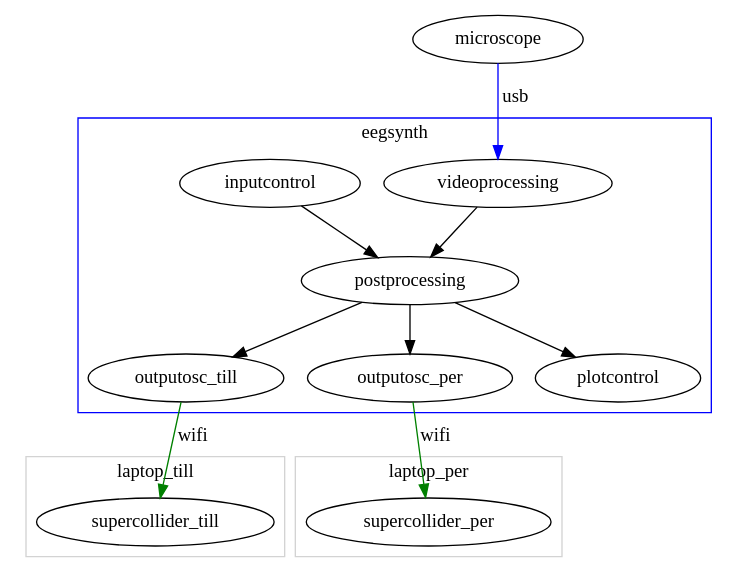
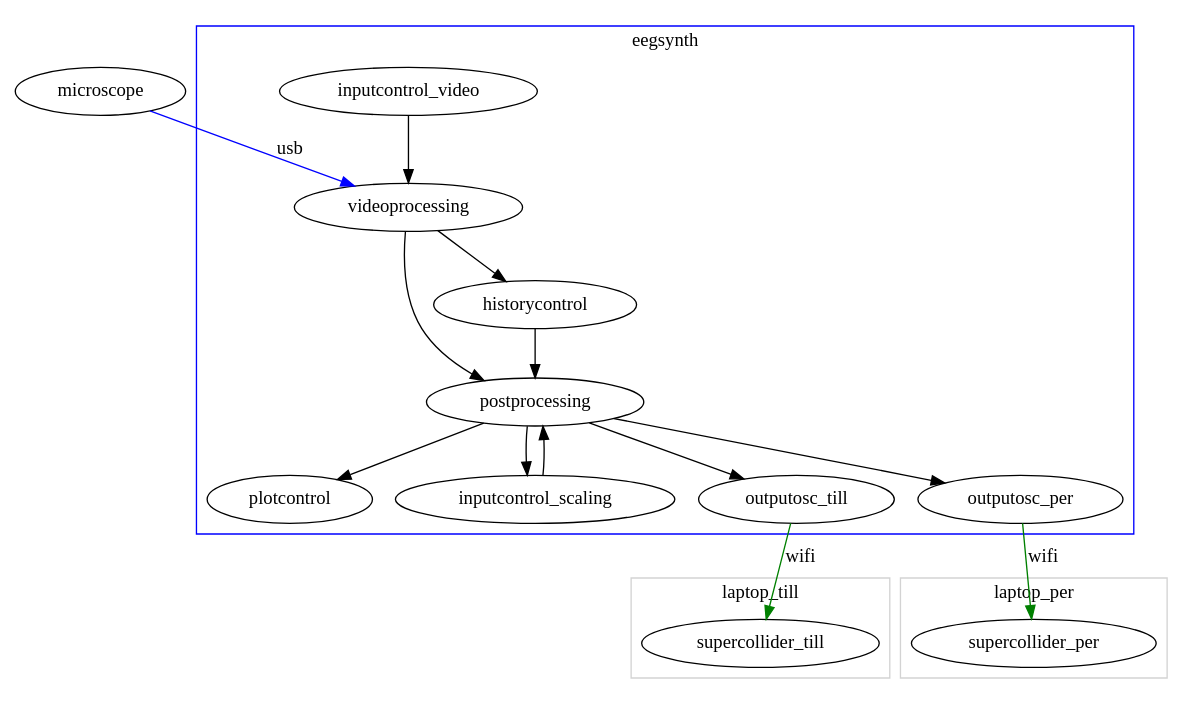
Before and after one commit to eegsynth/eegsynth: the diagram in patches/gum/eegsynth.dot, drawn with Graphviz. The commit also changed 12 other files, not shown here.

Commit message:
implemented gum patch and updated eegsynth schematic

```diff
--- a/patches/gum/eegsynth.dot
+++ b/patches/gum/eegsynth.dot
@@ -1,24 +1,26 @@
 # To convert this into a bitmap representation, do this
 #   dot -Tpng -o eegsynth.png eegsynth.dot
 
 digraph eegsynth{
     microscope -> videoprocessing [color=blue; label=usb]
     
       subgraph cluster_1 {
         label=eegsynth;color=blue
+        videoprocessing -> postprocessing -> plotcontrol
+        inputcontrol_video -> videoprocessing
+        videoprocessing -> historycontrol -> postprocessing
+        inputcontrol_scaling -> postprocessing -> inputcontrol_scaling
         postprocessing ->  outputosc_till
         postprocessing ->  outputosc_per
-        videoprocessing -> postprocessing -> plotcontrol
-        inputcontrol -> postprocessing
         }
 
     subgraph cluster_per {
         color=lightgrey;label=laptop_per
         outputosc_per  -> supercollider_per[color=green;label=wifi]
         }
 
     subgraph cluster_till {
       color=lightgrey;label=laptop_till
       outputosc_till -> supercollider_till [color=green;label=wifi]
       }
 }
```
